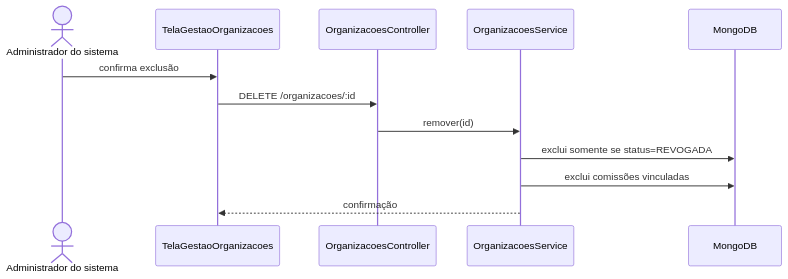
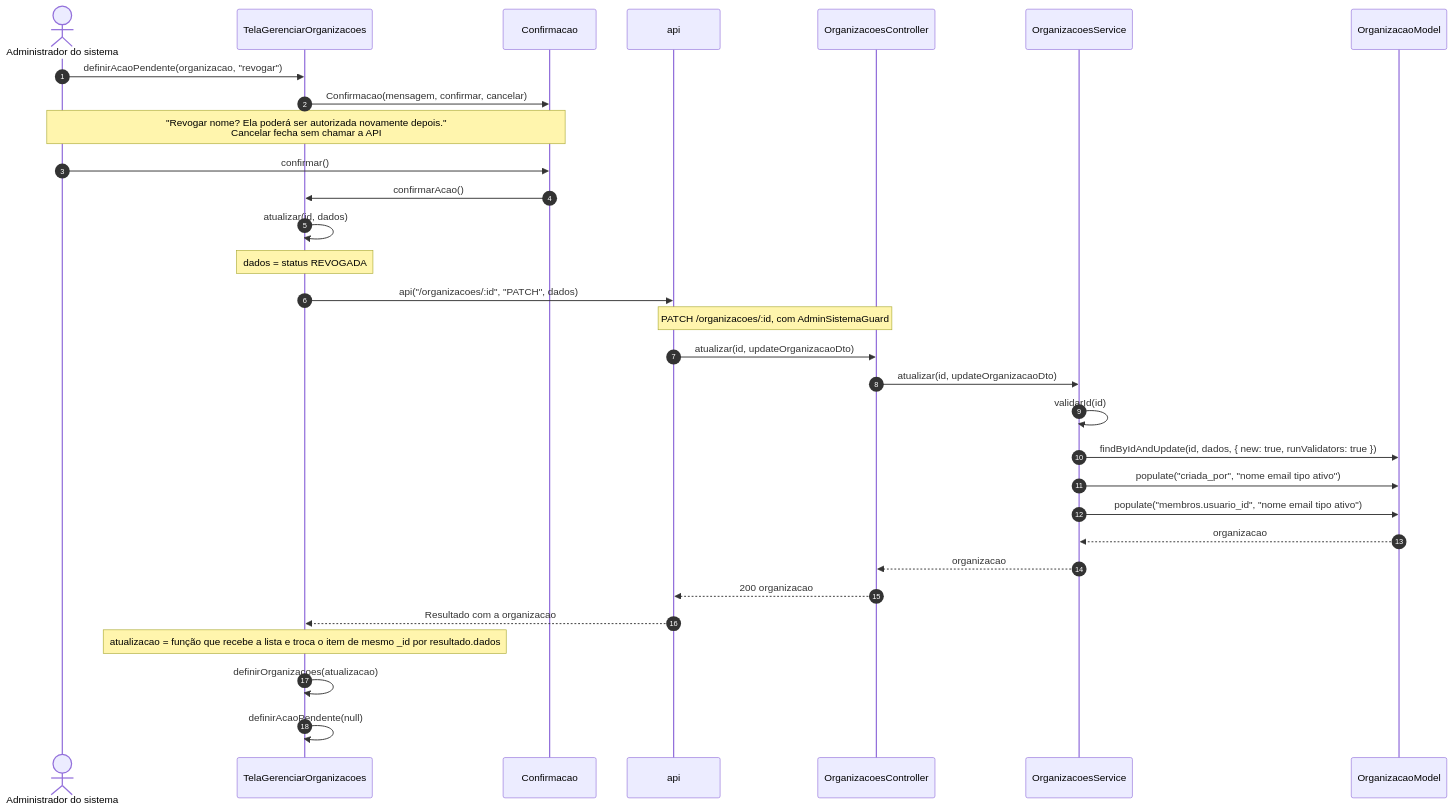
One commit to Conecta-IFSP/DOCUMENTATION changed the fifth of 15 diagrams in 2 - Incremento1/cadastro-organizacao/6 - diagramas-sequencia-cadastro-organizacao.md. Above: the diagram before and after it, drawn with Mermaid. The commit also changed other lines of this file and 54 other files, not shown here.

````diff
--- a/2 - Incremento1/cadastro-organizacao/6 - diagramas-sequencia-cadastro-organizacao.md
+++ b/2 - Incremento1/cadastro-organizacao/6 - diagramas-sequencia-cadastro-organizacao.md
@@ -62,14 +157,33 @@
 ```mermaid
 sequenceDiagram
-    actor A as Administrador do sistema
-    participant T as TelaGestaoOrganizacoes
+    autonumber
+    actor U as Administrador do sistema
+    participant T as TelaGerenciarOrganizacoes
+    participant D as Confirmacao
+    participant A as api
     participant C as OrganizacoesController
     participant S as OrganizacoesService
-    participant DB as MongoDB
-    A->>T: confirma exclusão
-    T->>C: DELETE /organizacoes/:id
-    C->>S: remover(id)
-    S->>DB: exclui somente se status=REVOGADA
-    S->>DB: exclui comissões vinculadas
-    S-->>T: confirmação
+    participant M as OrganizacaoModel
+    U->>T: definirAcaoPendente(organizacao, "revogar")
+    T->>D: Confirmacao(mensagem, confirmar, cancelar)
+    Note over U,D: "Revogar nome? Ela poderá ser autorizada novamente depois."<br/>Cancelar fecha sem chamar a API
+    U->>D: confirmar()
+    D->>T: confirmarAcao()
+    T->>T: atualizar(id, dados)
+    Note over T: dados = status REVOGADA
+    T->>A: api("/organizacoes/:id", "PATCH", dados)
+    Note over A,C: PATCH /organizacoes/:id, com AdminSistemaGuard
+    A->>C: atualizar(id, updateOrganizacaoDto)
+    C->>S: atualizar(id, updateOrganizacaoDto)
+    S->>S: validarId(id)
+    S->>M: findByIdAndUpdate(id, dados, { new: true, runValidators: true })
+    S->>M: populate("criada_por", "nome email tipo ativo")
+    S->>M: populate("membros.usuario_id", "nome email tipo ativo")
+    M-->>S: organizacao
+    S-->>C: organizacao
+    C-->>A: 200 organizacao
+    A-->>T: Resultado com a organizacao
+    Note over T: atualizacao = função que recebe a lista e troca o item de mesmo _id por resultado.dados
+    T->>T: definirOrganizacoes(atualizacao)
+    T->>T: definirAcaoPendente(null)
 ```
````
